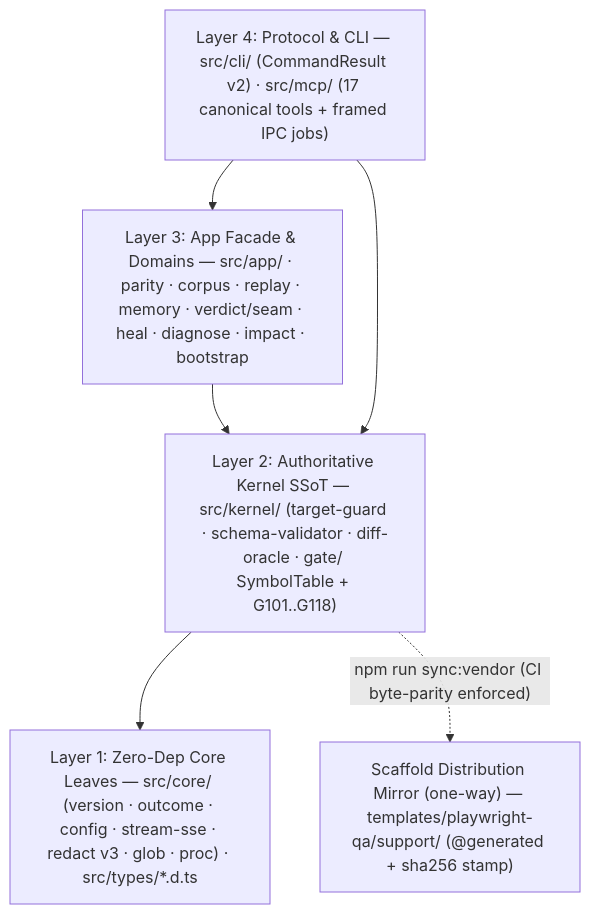
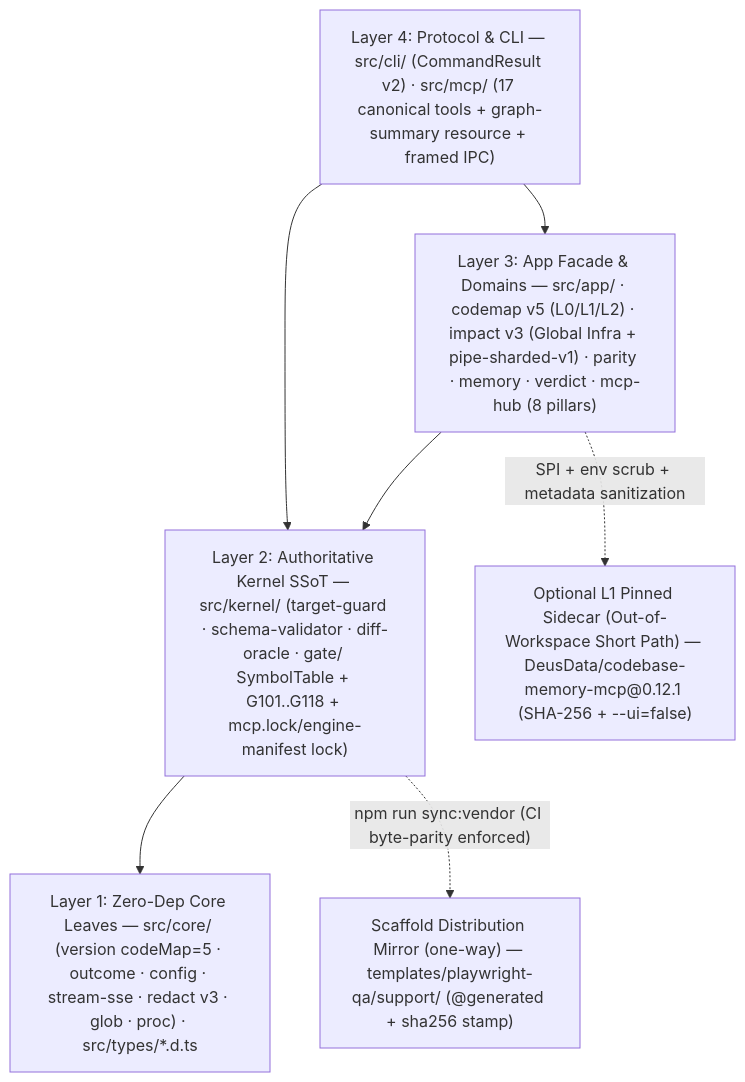
Before and after one commit to seaworld008/ai-test-workbench: the diagram in README.en.md, drawn with Mermaid. The commit also changed other lines of this file and 147 other files, not shown here.

Commit message:
feat(v6.6.0): CodeMap v5, Diff-Impact v3, pinned codebase-memory-mcp sidecar & 8-pillar MCP Hub

````diff
--- a/README.en.md
+++ b/README.en.md
@@ -84,12 +85,14 @@
 ```mermaid
 flowchart TB
-    L4["Layer 4: Protocol & CLI — src/cli/ (CommandResult v2) · src/mcp/ (17 canonical tools + framed IPC jobs)"]
-    L3["Layer 3: App Facade & Domains — src/app/ · parity · corpus · replay · memory · verdict/seam · heal · diagnose · impact · bootstrap"]
-    L2["Layer 2: Authoritative Kernel SSoT — src/kernel/ (target-guard · schema-validator · diff-oracle · gate/ SymbolTable + G101..G118)"]
-    L1["Layer 1: Zero-Dep Core Leaves — src/core/ (version · outcome · config · stream-sse · redact v3 · glob · proc) · src/types/*.d.ts"]
+    L4["Layer 4: Protocol & CLI — src/cli/ (CommandResult v2) · src/mcp/ (17 canonical tools + graph-summary resource + framed IPC)"]
+    L3["Layer 3: App Facade & Domains — src/app/ · codemap v5 (L0/L1/L2) · impact v3 (Global Infra + pipe-sharded-v1) · parity · memory · verdict · mcp-hub (8 pillars)"]
+    L2["Layer 2: Authoritative Kernel SSoT — src/kernel/ (target-guard · schema-validator · diff-oracle · gate/ SymbolTable + G101..G118 + mcp.lock/engine-manifest lock)"]
+    L1["Layer 1: Zero-Dep Core Leaves — src/core/ (version codeMap=5 · outcome · config · stream-sse · redact v3 · glob · proc) · src/types/*.d.ts"]
+    CBM["Optional L1 Pinned Sidecar (Out-of-Workspace Short Path) — DeusData/codebase-memory-mcp@0.12.1 (SHA-256 + --ui=false)"]
     TPL["Scaffold Distribution Mirror (one-way) — templates/playwright-qa/support/ (@generated + sha256 stamp)"]
 
     L4 --> L3 --> L2 --> L1
     L4 --> L2
+    L3 -. "SPI + env scrub + metadata sanitization" .-> CBM
     L2 -. "npm run sync:vendor (CI byte-parity enforced)" .-> TPL
 ```
````
